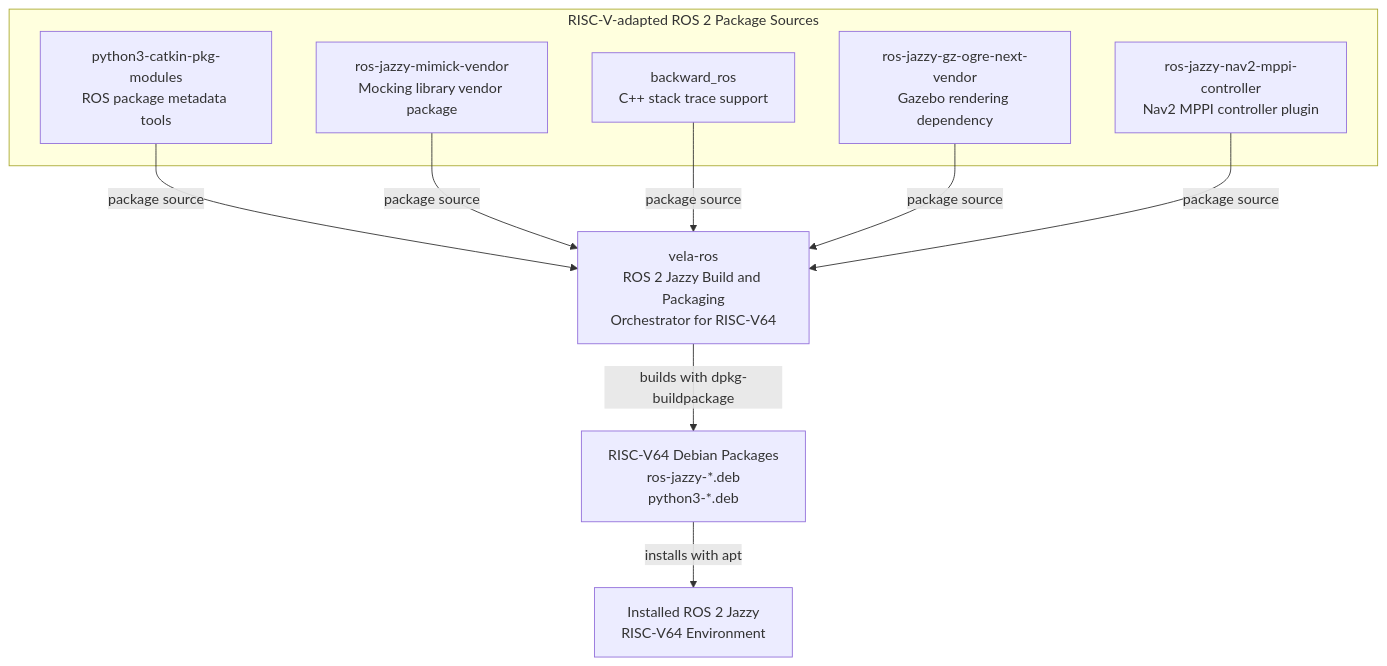
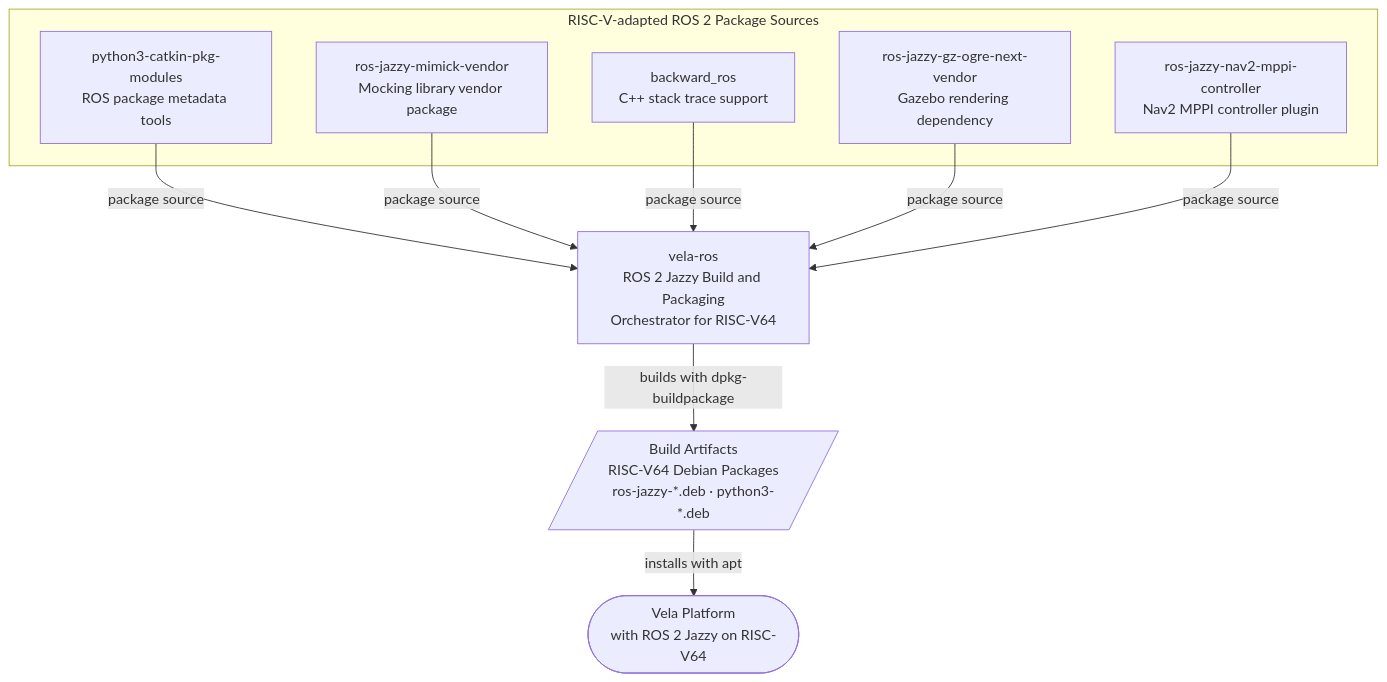
Before and after one commit to junho-falinux/vela-ros: the diagram in README.md, drawn with Mermaid.

````diff
--- a/README.md
+++ b/README.md
@@ -15,30 +15,30 @@
 ```mermaid
 flowchart TB
     subgraph SOURCES["RISC-V-adapted ROS 2 Package Sources"]
         CATKIN["python3-catkin-pkg-modules<br/>ROS package metadata tools"]
         click CATKIN href "https://github.com/riscv-vela/python3-catkin-pkg-modules" "ROS package metadata tools repository"
         MIMICK["ros-jazzy-mimick-vendor<br/>Mocking library vendor package"]
         click MIMICK href "https://github.com/riscv-vela/ros-jazzy-mimick-vendor" "Mocking library vendor package repository"
         BACKWARD["backward_ros<br/>C++ stack trace support"]
         click BACKWARD href "https://github.com/riscv-vela/backward_ros" "C++ stack trace support repository"
         OGRE["ros-jazzy-gz-ogre-next-vendor<br/>Gazebo rendering dependency"]
         click OGRE href "https://github.com/riscv-vela/ros-jazzy-gz-ogre-next-vendor" "Gazebo rendering dependency repository"
         MPPI["ros-jazzy-nav2-mppi-controller<br/>Nav2 MPPI controller plugin"]
         click MPPI href "https://github.com/riscv-vela/ros-jazzy-nav2-mppi-controller" "MPPI controller plugin repository"
     end
 
     VELA["vela-ros<br/>ROS 2 Jazzy Build and Packaging<br/>Orchestrator for RISC-V64"]
 
-    DEBS["RISC-V64 Debian Packages<br/>ros-jazzy-*.deb<br/>python3-*.deb"]
+    DEBS[/"Build Artifacts<br/>RISC-V64 Debian Packages<br/>ros-jazzy-*.deb · python3-*.deb"/]
 
-    ENV["Installed ROS 2 Jazzy<br/>RISC-V64 Environment"]
+    ENV(["Vela Platform<br/>with ROS 2 Jazzy on RISC-V64"])
 
     CATKIN -->|"package source"| VELA
     MIMICK -->|"package source"| VELA
     BACKWARD -->|"package source"| VELA
     OGRE -->|"package source"| VELA
     MPPI -->|"package source"| VELA
 
     VELA -->|"builds with dpkg-buildpackage"| DEBS
     DEBS -->|"installs with apt"| ENV
 ```
````
